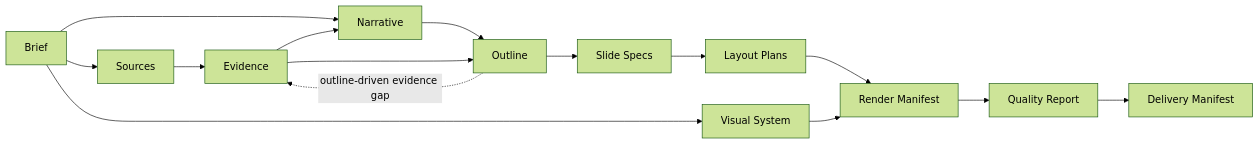
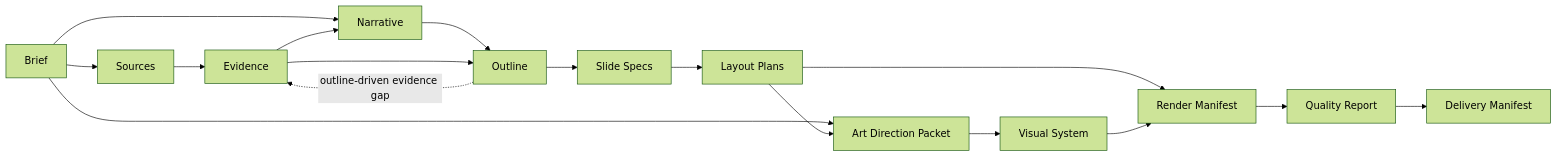
One commit to rv198-star/Slidethus changed the second of 2 diagrams in docs/02-architecture.md. Above: the diagram before and after it, drawn with Mermaid (forest theme). The commit also changed other lines of this file and 64 other files, not shown here.

````diff
--- a/docs/02-architecture.md
+++ b/docs/02-architecture.md
@@ -155,17 +156,19 @@
 ```mermaid
 flowchart LR
     B[Brief] --> S[Sources]
     S --> E[Evidence]
     B --> N[Narrative]
     E --> N
     N --> O[Outline]
     E --> O
     O -. outline-driven evidence gap .-> E
     O --> SP[Slide Specs]
     SP --> LP[Layout Plans]
-    B --> VS[Visual System]
+    B --> AD[Art Direction Packet]
+    LP --> AD
+    AD --> VS[Visual System]
     LP --> RM[Render Manifest]
     VS --> RM
     RM --> QR[Quality Report]
     QR --> DM[Delivery Manifest]
 ```
````
